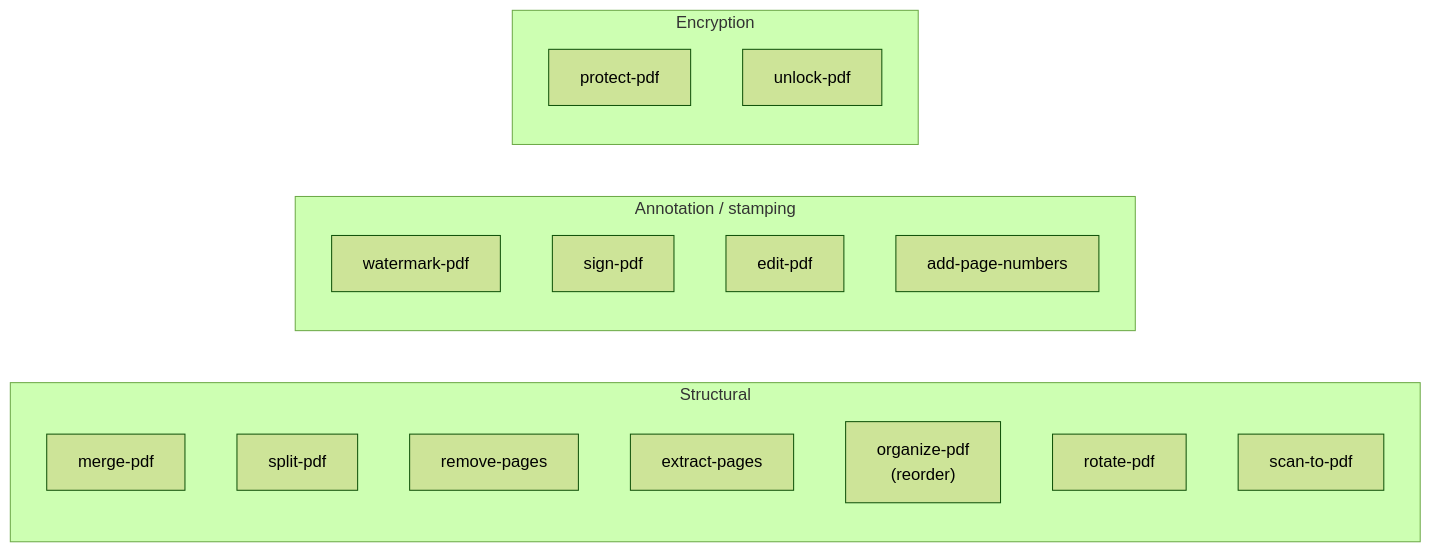
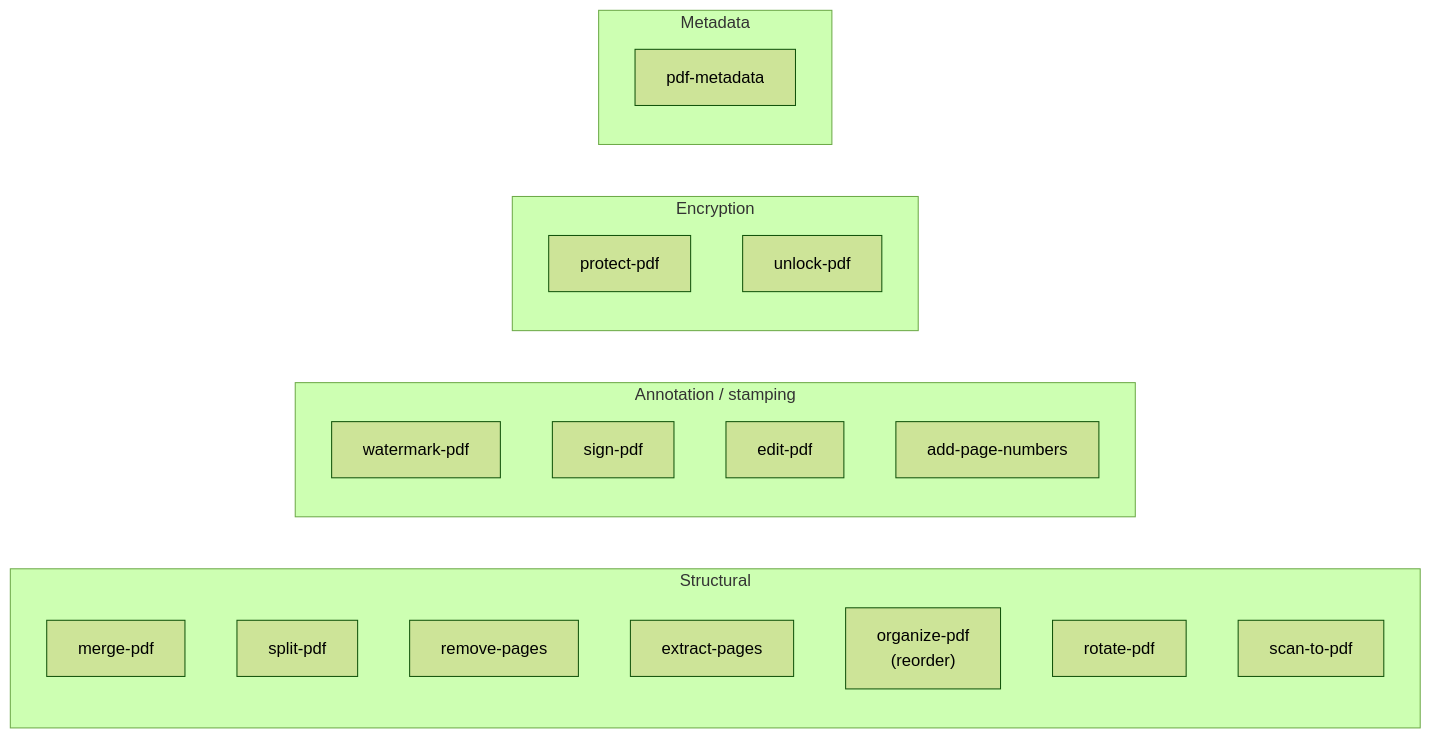
One commit to code-farms/fyredocs_backend changed the second of 3 diagrams in docs/developer/mermaid/service-organize-pdf-architecture.md. Above: the diagram before and after it, drawn with Mermaid (forest theme). The commit also changed other lines of this file and 28 other files, not shown here.

First line of the commit message:
feat: add pdf-metadata and flatten-pdf tools with validation and processing

````diff
--- a/docs/developer/mermaid/service-organize-pdf-architecture.md
+++ b/docs/developer/mermaid/service-organize-pdf-architecture.md
@@ -104,24 +106,28 @@
 ```mermaid
 graph LR
     subgraph Structural["Structural"]
         A["merge-pdf"]
         B["split-pdf"]
         C["remove-pages"]
         D["extract-pages"]
         E["organize-pdf<br/>(reorder)"]
         F["rotate-pdf"]
         G["scan-to-pdf"]
     end
 
     subgraph Annotation["Annotation / stamping"]
         H["watermark-pdf"]
         I["sign-pdf"]
         J["edit-pdf"]
         K["add-page-numbers"]
     end
 
     subgraph Encryption["Encryption"]
         L["protect-pdf"]
         M["unlock-pdf"]
     end
+
+    subgraph Metadata["Metadata"]
+        N["pdf-metadata"]
+    end
 ```
````
